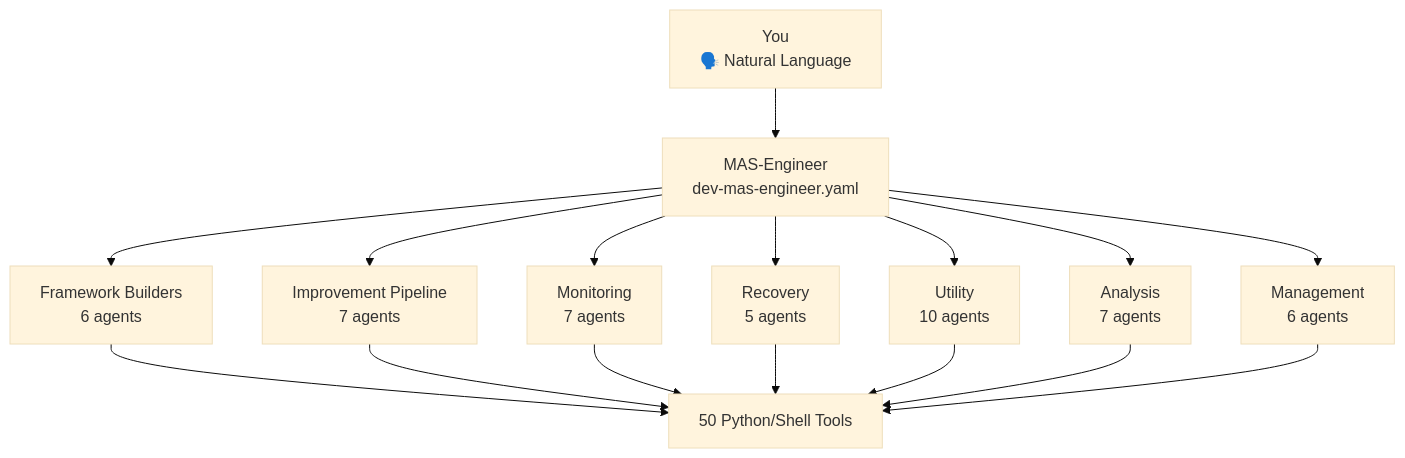
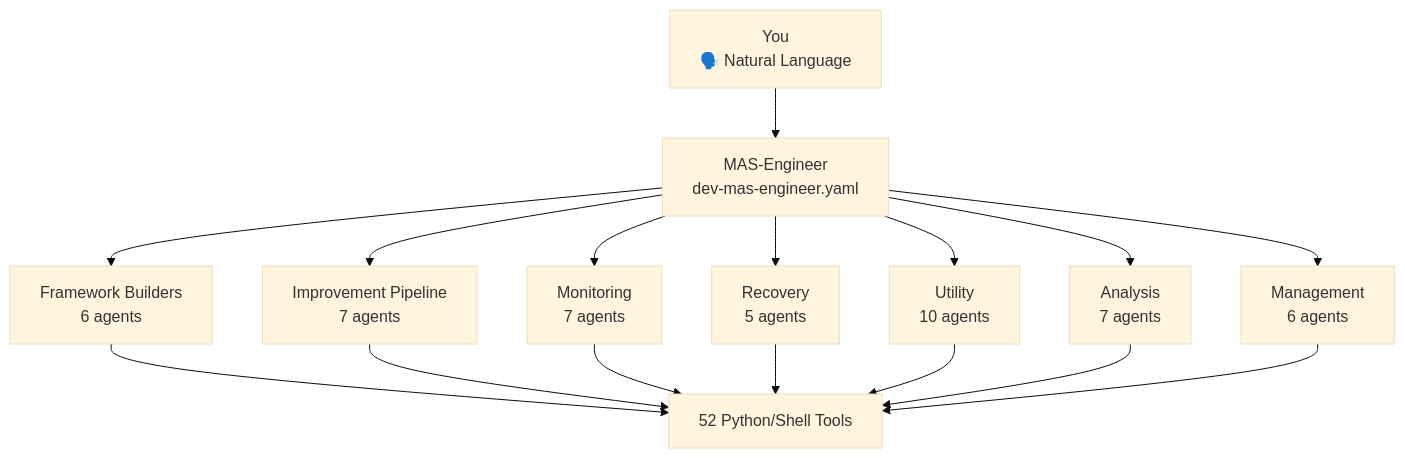
The first of 2 diagrams in docs/index.md (mczardybon/mas-engineer), drawn with Mermaid (base theme) before and after one commit. The commit also changed other lines of this file and 23 other files, not shown here.

````diff
--- a/docs/index.md
+++ b/docs/index.md
@@ -50,12 +50,12 @@
 ```mermaid
 flowchart TD
     YOU["You\n🗣️ Natural Language"] --> ENGINEER["MAS-Engineer\ndev-mas-engineer.yaml"]
     ENGINEER --> FB["Framework Builders\n6 agents"]
     ENGINEER --> IP["Improvement Pipeline\n7 agents"]
     ENGINEER --> MON["Monitoring\n7 agents"]
     ENGINEER --> REC["Recovery\n5 agents"]
     ENGINEER --> UT["Utility\n10 agents"]
     ENGINEER --> AN["Analysis\n7 agents"]
     ENGINEER --> MG["Management\n6 agents"]
-    FB & IP & MON & REC & UT & AN & MG --> TOOLS["50 Python/Shell Tools"]
+    FB & IP & MON & REC & UT & AN & MG --> TOOLS["52 Python/Shell Tools"]
 ```
````
